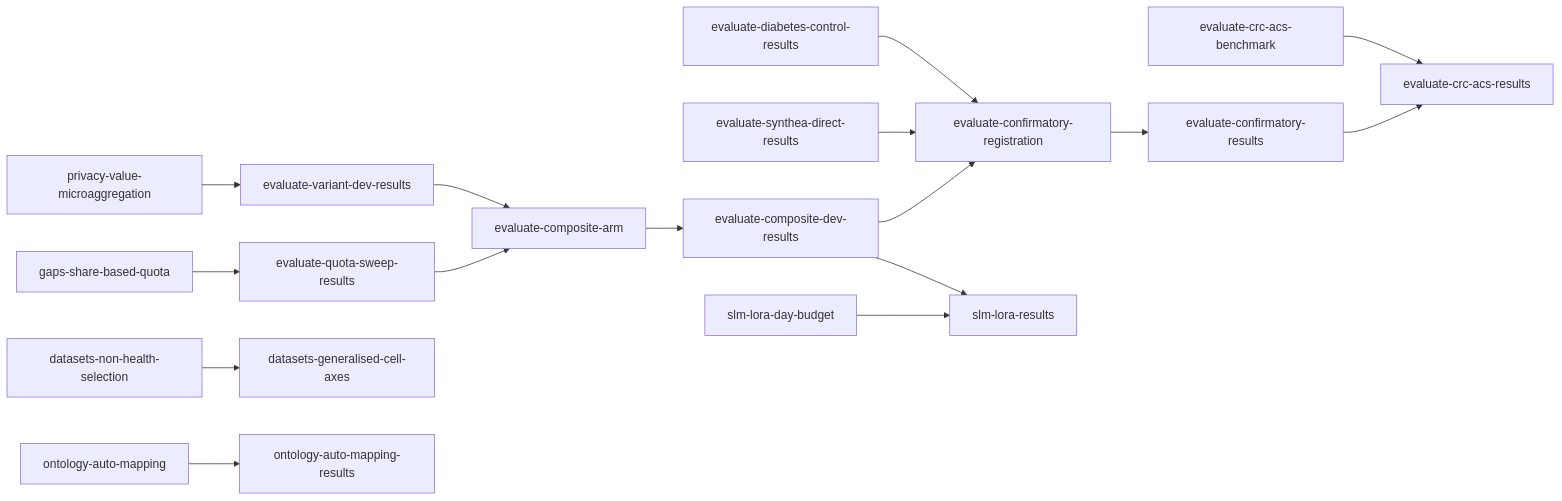
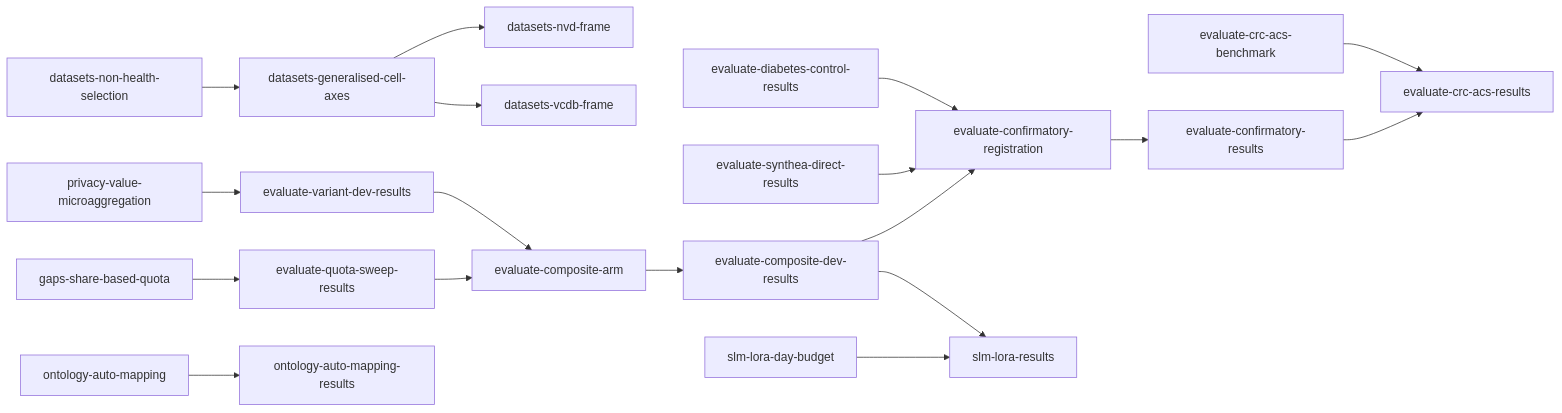
Before and after one commit to joe-dartmouth/synthetic: the diagram in tasks/direct-index.md, drawn with Mermaid. The commit also changed other lines of this file and 8 other files, not shown here.

Commit message:
Rank the non-health candidates and add the NVD and VCDB frame units

````diff
--- a/tasks/direct-index.md
+++ b/tasks/direct-index.md
@@ -62,18 +64,20 @@
 ```mermaid
 flowchart LR
     u16[privacy-value-microaggregation] --> u19[evaluate-variant-dev-results]
     u20[gaps-share-based-quota] --> u21[evaluate-quota-sweep-results]
     u49[datasets-non-health-selection] --> u50[datasets-generalised-cell-axes]
+    u50 --> u52[datasets-nvd-frame]
+    u50 --> u53[datasets-vcdb-frame]
     u19 --> u28[evaluate-composite-arm]
     u21 --> u28
     u28 --> u29[evaluate-composite-dev-results]
     u7[evaluate-diabetes-control-results] --> u30[evaluate-confirmatory-registration]
     u8[evaluate-synthea-direct-results] --> u30
     u29 --> u30
     u30 --> u31[evaluate-confirmatory-results]
     u41[evaluate-crc-acs-benchmark] --> u42[evaluate-crc-acs-results]
     u31 --> u42
     u32[ontology-auto-mapping] --> u33[ontology-auto-mapping-results]
     u29 --> u36[slm-lora-results]
     u51[slm-lora-day-budget] --> u36
 ```
````
